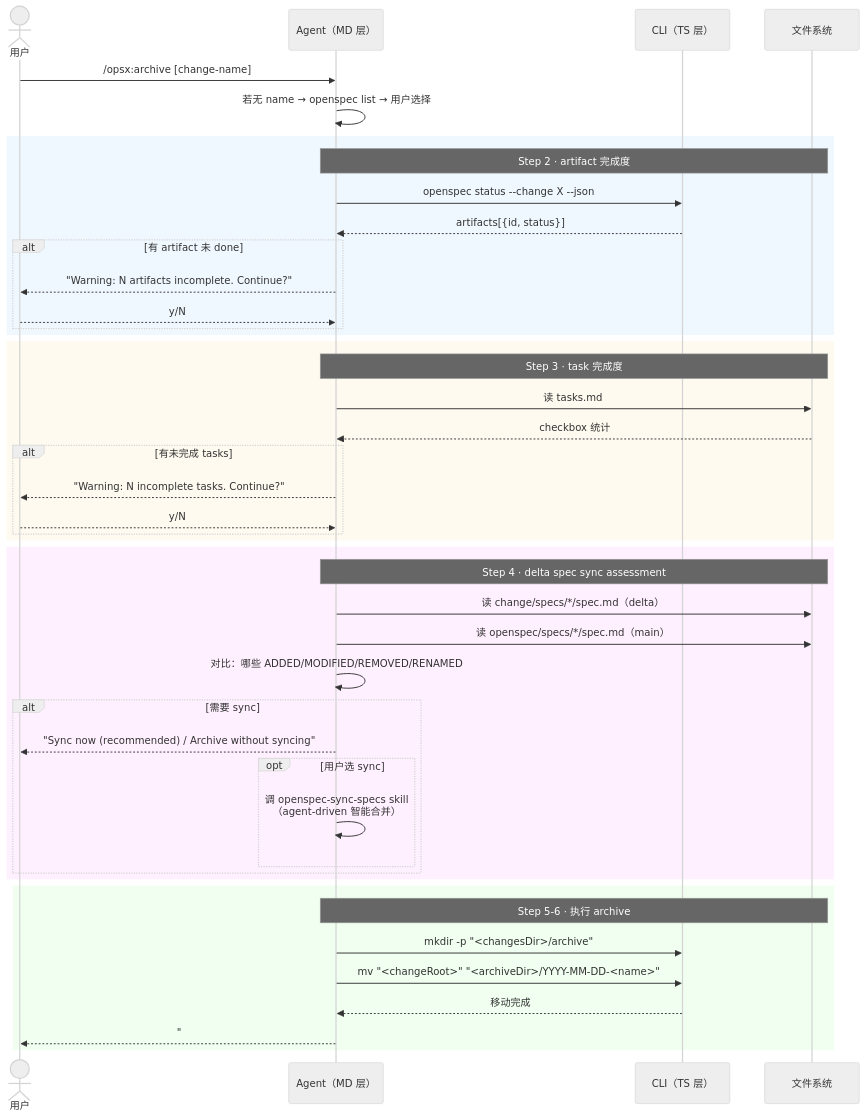
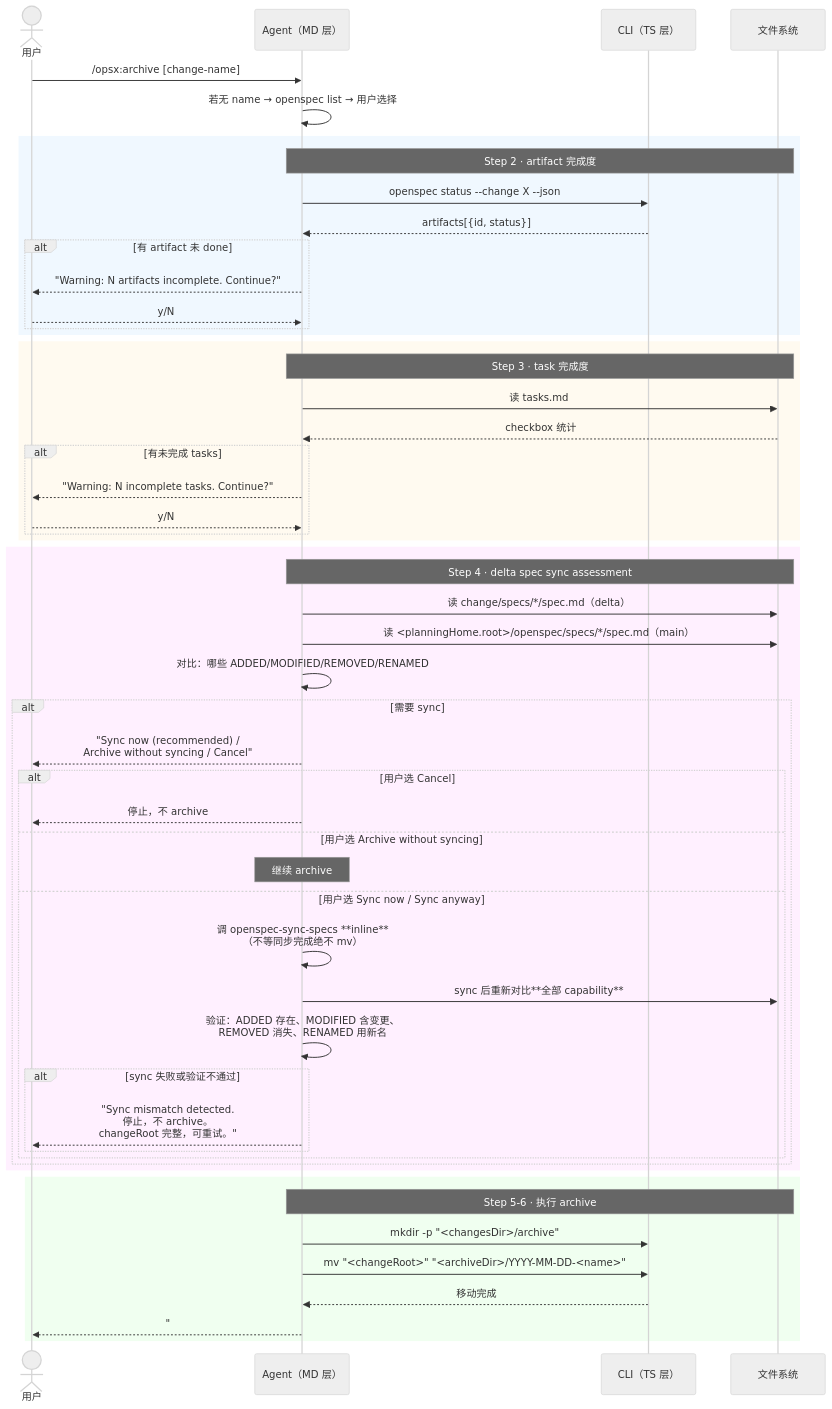
The diagram in _digested/workflows/09-archive.md (ethan-jiang-3/OpenSpec), drawn with Mermaid (neutral theme) before and after one commit. The commit also changed other lines of this file and 10 other files, not shown here.

````diff
--- a/_digested/workflows/09-archive.md
+++ b/_digested/workflows/09-archive.md
@@ -40,51 +44,60 @@
 ```mermaid
 sequenceDiagram
     actor User as 用户
     participant MD as Agent（MD 层）
     participant TS as CLI（TS 层）
     participant FS as 文件系统
 
     User->>MD: /opsx:archive [change-name]
     MD->>MD: 若无 name → openspec list → 用户选择
 
     rect rgb(240, 248, 255)
         Note over MD,FS: Step 2 · artifact 完成度
         MD->>TS: openspec status --change X --json
         TS-->>MD: artifacts[{id, status}]
         alt 有 artifact 未 done
             MD-->>User: "Warning: N artifacts incomplete. Continue?"
             User-->>MD: y/N
         end
     end
 
     rect rgb(255, 250, 240)
         Note over MD,FS: Step 3 · task 完成度
         MD->>FS: 读 tasks.md
         FS-->>MD: checkbox 统计
         alt 有未完成 tasks
             MD-->>User: "Warning: N incomplete tasks. Continue?"
             User-->>MD: y/N
         end
     end
 
     rect rgb(255, 240, 255)
         Note over MD,FS: Step 4 · delta spec sync assessment
         MD->>FS: 读 change/specs/*/spec.md（delta）
-        MD->>FS: 读 openspec/specs/*/spec.md（main）
+        MD->>FS: 读 <planningHome.root>/openspec/specs/*/spec.md（main）
         MD->>MD: 对比：哪些 ADDED/MODIFIED/REMOVED/RENAMED
         alt 需要 sync
-            MD-->>User: "Sync now (recommended) / Archive without syncing"
-            opt 用户选 sync
-                MD->>MD: 调 openspec-sync-specs skill<br/>（agent-driven 智能合并）
+            MD-->>User: "Sync now (recommended) /<br/>Archive without syncing / Cancel"
+            alt 用户选 Cancel
+                MD-->>User: 停止，不 archive
+            else 用户选 Archive without syncing
+                Note over MD: 继续 archive
+            else 用户选 Sync now / Sync anyway
+                MD->>MD: 调 openspec-sync-specs **inline**<br/>（不等同步完成绝不 mv）
+                MD->>FS: sync 后重新对比**全部 capability**
+                MD->>MD: 验证：ADDED 存在、MODIFIED 含变更、<br/>REMOVED 消失、RENAMED 用新名
+                alt sync 失败或验证不通过
+                    MD-->>User: "Sync mismatch detected.<br/>停止，不 archive。<br/>changeRoot 完整，可重试。"
+                end
             end
         end
     end
 
     rect rgb(240, 255, 240)
         Note over MD,FS: Step 5-6 · 执行 archive
         MD->>TS: mkdir -p "<changesDir>/archive"
         MD->>TS: mv "<changeRoot>" "<archiveDir>/YYYY-MM-DD-<name>"
         TS-->>MD: 移动完成
         MD-->>User: "## Archive Complete<br/>Change: <name><br/>Specs: ✓ Synced"
     end
 ```
````
